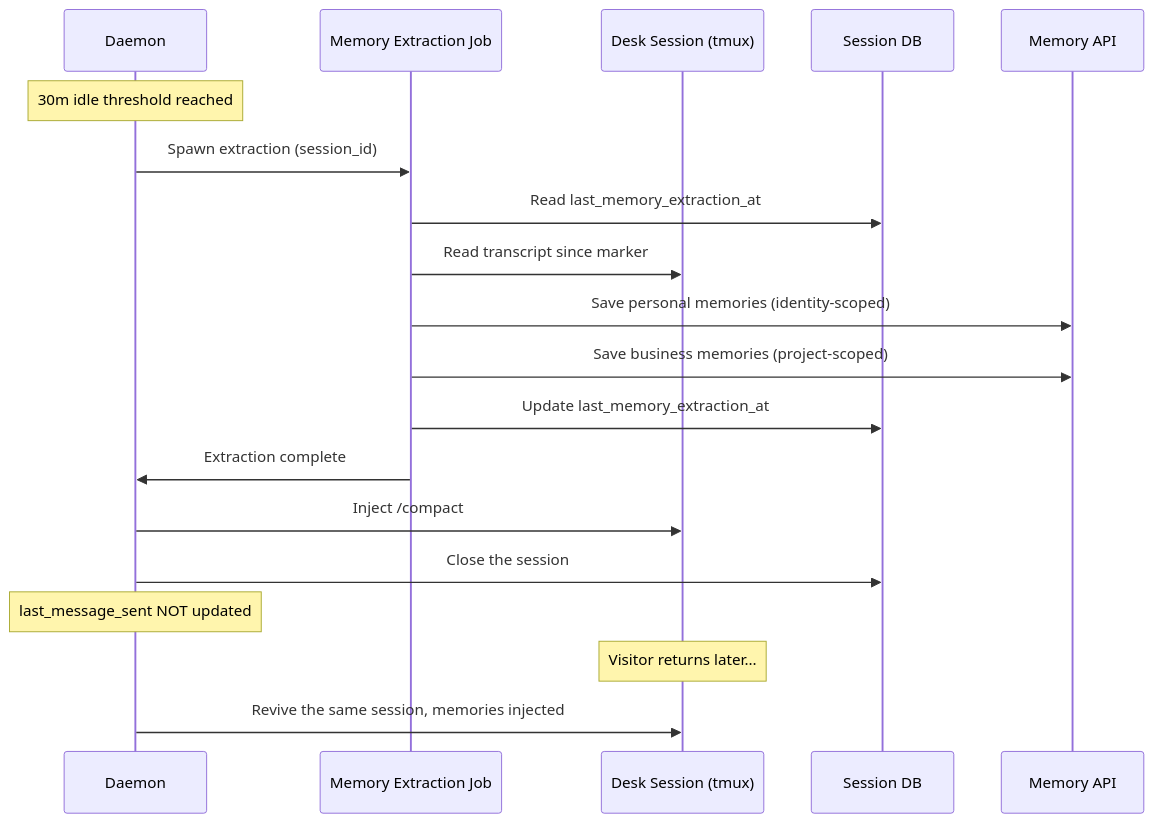
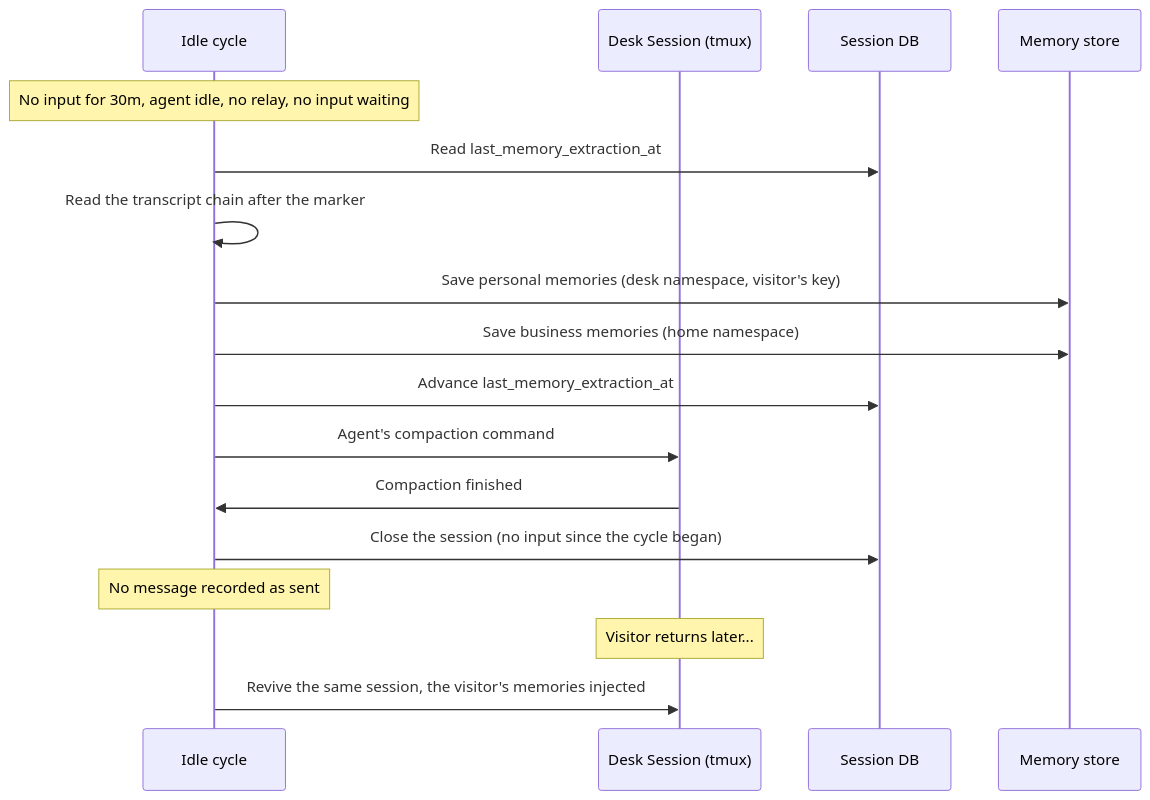
One commit to InstruktAI/TeleClaude changed diagram 16 of 17 in docs/local/design/architecture/help-desk-platform.md. Above: the diagram before and after it, drawn with Mermaid. The commit also changed other lines of this file and 2 other files, not shown here.

First line of the commit message:
docs(help-desk): pending contracts for the desk idle memory cycle [skip ci]

````diff
--- a/docs/local/design/architecture/help-desk-platform.md
+++ b/docs/local/design/architecture/help-desk-platform.md
@@ -1068,23 +1160,21 @@
 ```mermaid
 sequenceDiagram
-    participant Daemon
-    participant Job as Memory Extraction Job
+    participant Daemon as Idle cycle
     participant Agent as Desk Session (tmux)
     participant DB as Session DB
-    participant Memory as Memory API
+    participant Memory as Memory store
 
-    Note over Daemon: 30m idle threshold reached
-    Daemon->>Job: Spawn extraction (session_id)
-    Job->>DB: Read last_memory_extraction_at
-    Job->>Agent: Read transcript since marker
-    Job->>Memory: Save personal memories (identity-scoped)
-    Job->>Memory: Save business memories (project-scoped)
-    Job->>DB: Update last_memory_extraction_at
-    Job->>Daemon: Extraction complete
-    Daemon->>Agent: Inject /compact
-    Daemon->>DB: Close the session
-    Note over Daemon: last_message_sent NOT updated
+    Note over Daemon: No input for 30m, agent idle, no relay, no input waiting
+    Daemon->>DB: Read last_memory_extraction_at
+    Daemon->>Daemon: Read the transcript chain after the marker
+    Daemon->>Memory: Save personal memories (desk namespace, visitor's key)
+    Daemon->>Memory: Save business memories (home namespace)
+    Daemon->>DB: Advance last_memory_extraction_at
+    Daemon->>Agent: Agent's compaction command
+    Agent->>Daemon: Compaction finished
+    Daemon->>DB: Close the session (no input since the cycle began)
+    Note over Daemon: No message recorded as sent
 
     Note over Agent: Visitor returns later...
-    Daemon->>Agent: Revive the same session, memories injected
+    Daemon->>Agent: Revive the same session, the visitor's memories injected
 ```
````
